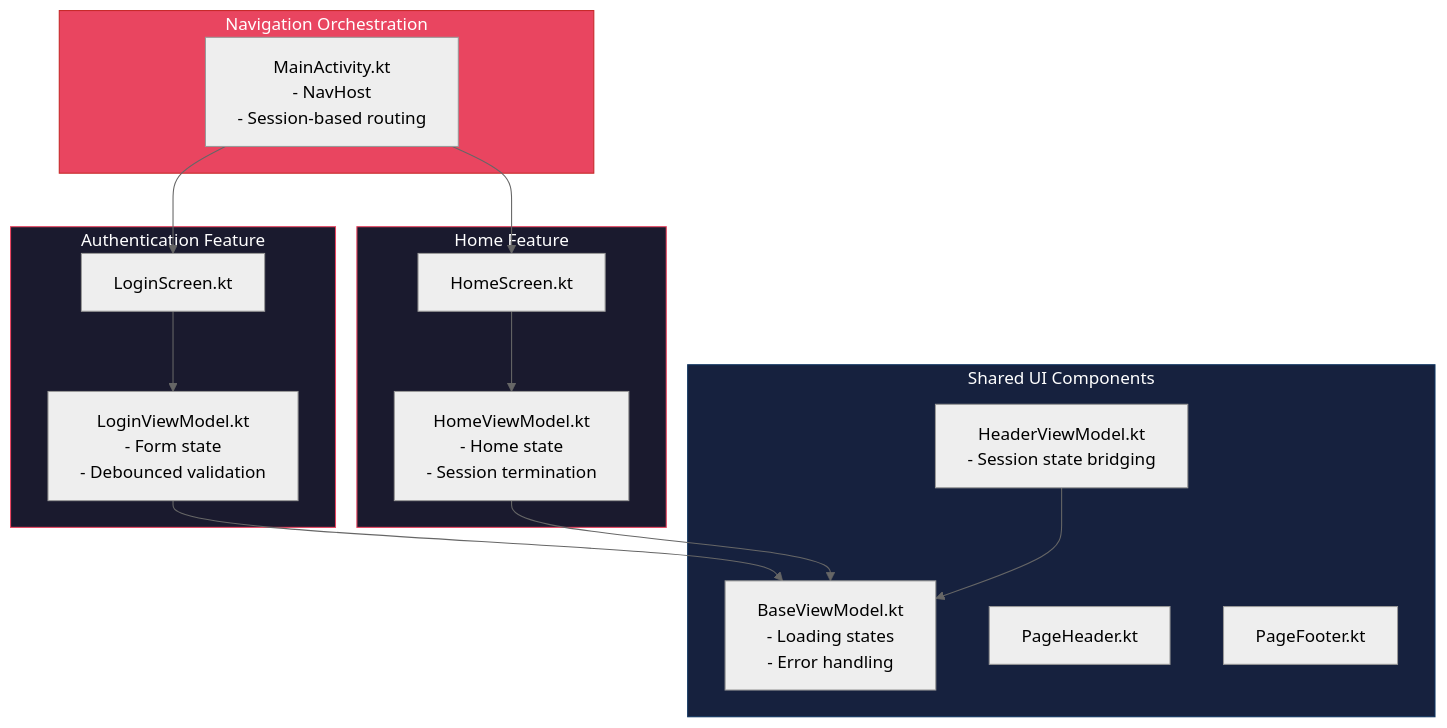
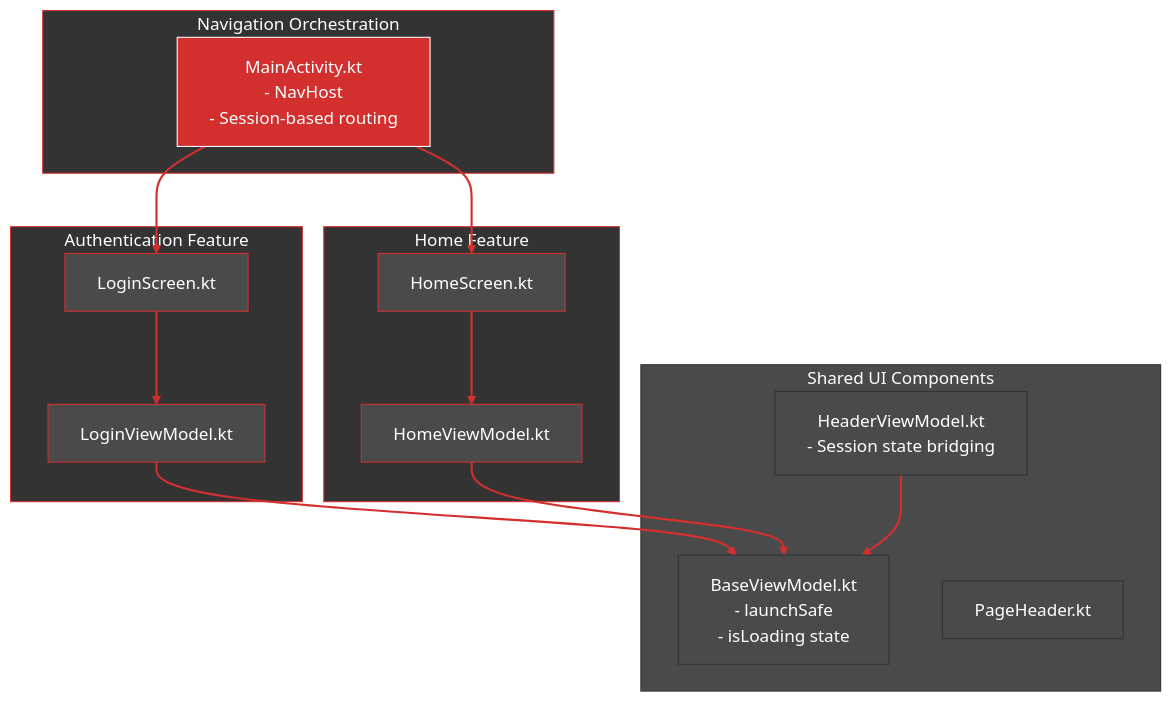
One commit to Rho-Studio/UI-Utils-Rho-Studio changed the fifth of 13 diagrams in README.md. Above: the diagram before and after it, drawn with Mermaid (neutral theme). The commit also changed other lines of this file and 2 other files, not shown here.

````diff
--- a/README.md
+++ b/README.md
@@ -112,36 +283,47 @@
 ```mermaid
 flowchart TB
     subgraph Navigation["Navigation Orchestration"]
         MA["MainActivity.kt<br/>- NavHost<br/>- Session-based routing"]
     end
     
     subgraph Shared["Shared UI Components"]
-        PV["BaseViewModel.kt<br/>- Loading states<br/>- Error handling"]
+        PV["BaseViewModel.kt<br/>- launchSafe<br/>- isLoading state"]
         HV["HeaderViewModel.kt<br/>- Session state bridging"]
         PH["PageHeader.kt"]
-        PF["PageFooter.kt"]
     end
     
     subgraph Auth["Authentication Feature"]
         LS["LoginScreen.kt"]
-        LVM["LoginViewModel.kt<br/>- Form state<br/>- Debounced validation"]
+        LVM["LoginViewModel.kt"]
     end
     
     subgraph Home["Home Feature"]
         HS["HomeScreen.kt"]
-        HVM["HomeViewModel.kt<br/>- Home state<br/>- Session termination"]
+        HVM["HomeViewModel.kt"]
     end
     
     MA --> LS
     MA --> HS
     LS --> LVM
     HS --> HVM
     LVM --> PV
     HVM --> PV
     HV --> PV
-    
-    style Navigation fill:#e94560,stroke:#c62828,color:#ffffff
-    style Shared fill:#16213e,stroke:#0f3460,color:#ffffff
-    style Auth fill:#1a1a2e,stroke:#e94560,color:#ffffff
-    style Home fill:#1a1a2e,stroke:#e94560,color:#ffffff
+
+    linkStyle default stroke:#D32F2F,stroke-width:2px
+
+    classDef navNode fill:#D32F2F,stroke:#FFFFFF,color:#FFFFFF
+    classDef sharedNode fill:#4A4A4A,stroke:#333333,color:#FFFFFF
+    classDef authNode fill:#4A4A4A,stroke:#D32F2F,color:#FFFFFF
+    classDef homeNode fill:#4A4A4A,stroke:#D32F2F,color:#FFFFFF
+
+    class MA navNode
+    class PV,HV,PH sharedNode
+    class LS,LVM authNode
+    class HS,HVM homeNode
+
+    style Navigation fill:#333333,stroke:#D32F2F,color:#FFFFFF
+    style Shared fill:#4A4A4A,stroke:#333333,color:#FFFFFF
+    style Auth fill:#333333,stroke:#D32F2F,color:#FFFFFF
+    style Home fill:#333333,stroke:#D32F2F,color:#FFFFFF
 ```
````
